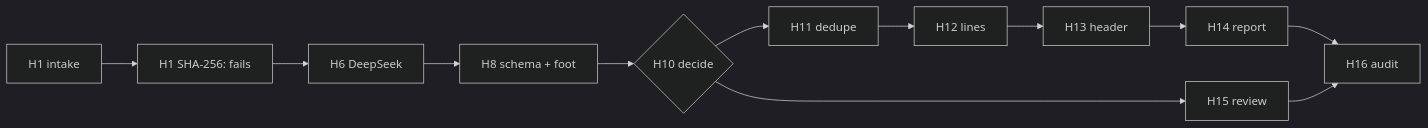
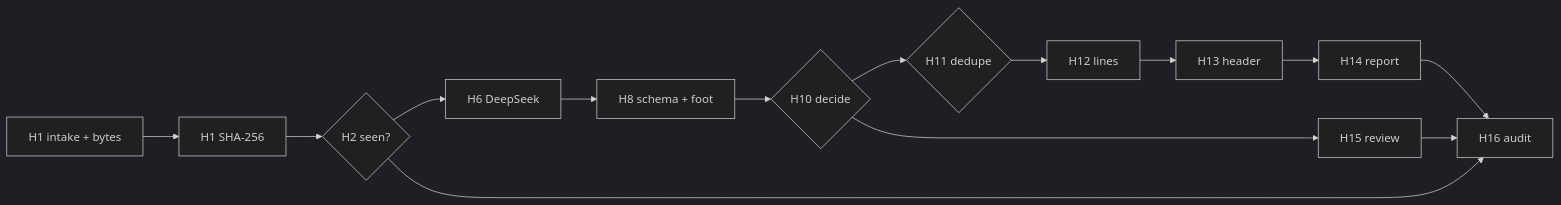
One commit to beyondalgorithms2026-source/Rescue_Diagnostic changed the diagram in .ai/REVIEW.md. Above: the diagram before and after it, drawn with Mermaid (dark theme). The commit also changed other lines of this file and 6 other files, not shown here.

````diff
--- a/.ai/REVIEW.md
+++ b/.ai/REVIEW.md
@@ -7,11 +8,10 @@
 ```mermaid
 flowchart LR
-  H1[H1 intake] --> Hash[H1 SHA-256: fails]
-  Hash --> H6[H6 DeepSeek]
-  H6 --> H8[H8 schema + foot]
-  H8 --> H10{H10 decide}
-  H10 --> H11[H11 dedupe] --> H12[H12 lines] --> H13[H13 header] --> H14[H14 report]
+  H1[H1 intake + bytes] --> Hash[H1 SHA-256] --> H2{H2 seen?}
+  H2 --> H6[H6 DeepSeek] --> H8[H8 schema + foot] --> H10{H10 decide}
+  H10 --> H11{H11 dedupe} --> H12[H12 lines] --> H13[H13 header] --> H14[H14 report]
   H10 --> H15[H15 review]
   H14 --> H16[H16 audit]
   H15 --> H16
+  H2 --> H16
 ```
````
